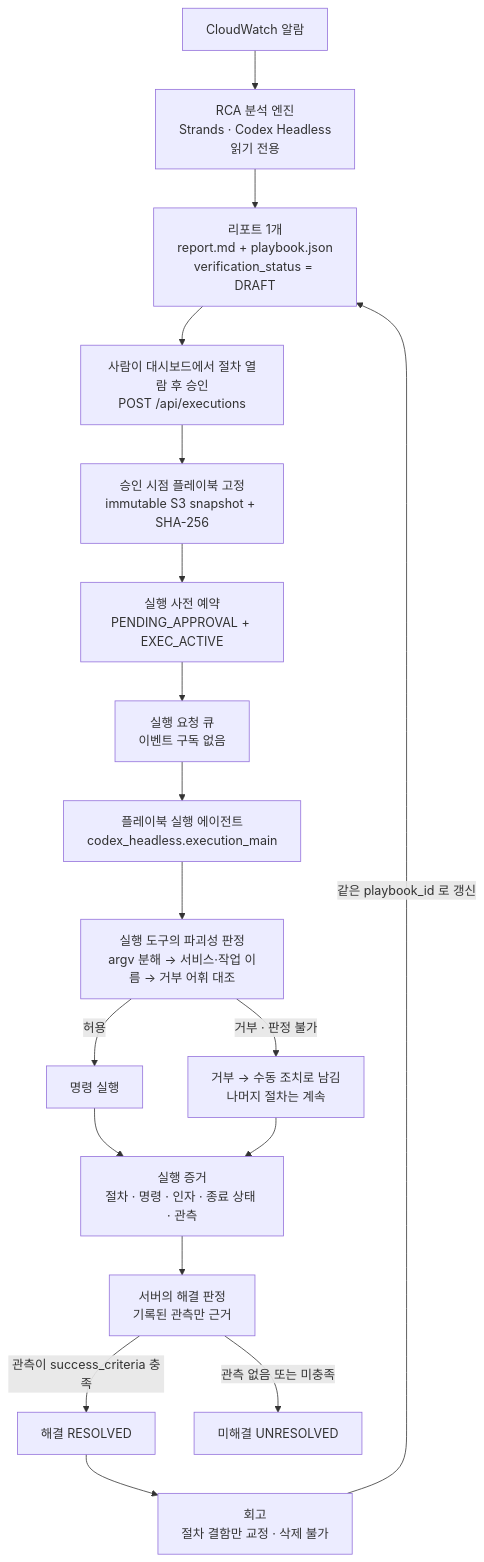
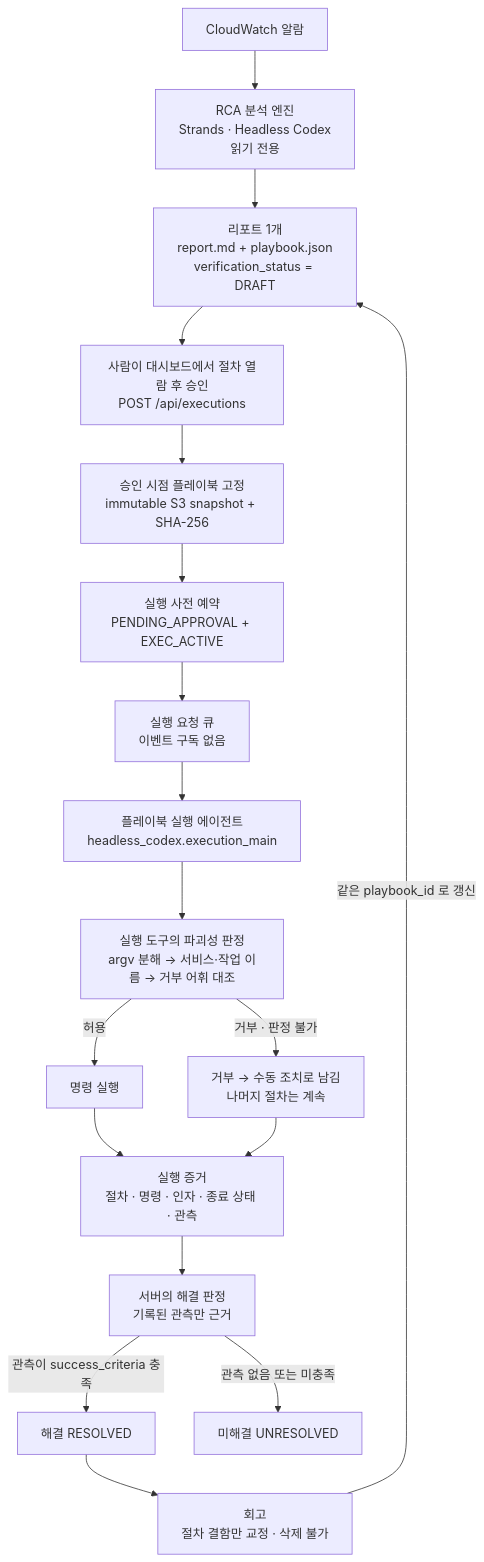
One commit to haandol/rca-agent changed the first of 4 diagrams in docs/rca-to-remediation-flow.md. Above: the diagram before and after it, drawn with Mermaid. The commit also changed other lines of this file and 300 other files, not shown here.

Commit message:
feat(headless-codex): rename engine and preserve legacy reads

````diff
--- a/docs/rca-to-remediation-flow.md
+++ b/docs/rca-to-remediation-flow.md
@@ -18,28 +18,28 @@
 ```mermaid
 flowchart TB
     CW["CloudWatch 알람"]
-    ENG["RCA 분석 엔진<br/>Strands · Codex Headless<br/>읽기 전용"]
+    ENG["RCA 분석 엔진<br/>Strands · Headless Codex<br/>읽기 전용"]
     REP["리포트 1개<br/>report.md + playbook.json<br/>verification_status = DRAFT"]
     APV["사람이 대시보드에서 절차 열람 후 승인<br/>POST /api/executions"]
     SNP["승인 시점 플레이북 고정<br/>immutable S3 snapshot + SHA-256"]
     RSV["실행 사전 예약<br/>PENDING_APPROVAL + EXEC_ACTIVE"]
     QUE["실행 요청 큐<br/>이벤트 구독 없음"]
-    WRK["플레이북 실행 에이전트<br/>codex_headless.execution_main"]
+    WRK["플레이북 실행 에이전트<br/>headless_codex.execution_main"]
     GATE["실행 도구의 파괴성 판정<br/>argv 분해 → 서비스·작업 이름 → 거부 어휘 대조"]
     RUN["명령 실행"]
     MAN["거부 → 수동 조치로 남김<br/>나머지 절차는 계속"]
     EVD["실행 증거<br/>절차 · 명령 · 인자 · 종료 상태 · 관측"]
     JDG["서버의 해결 판정<br/>기록된 관측만 근거"]
     RES["해결 RESOLVED"]
     UNR["미해결 UNRESOLVED"]
     RETRO["회고<br/>절차 결함만 교정 · 삭제 불가"]
 
     CW --> ENG --> REP --> APV --> SNP --> RSV --> QUE --> WRK --> GATE
     GATE -->|"허용"| RUN --> EVD
     GATE -->|"거부 · 판정 불가"| MAN --> EVD
     EVD --> JDG
     JDG -->|"관측이 success_criteria 충족"| RES
     JDG -->|"관측 없음 또는 미충족"| UNR
     RES --> RETRO
     RETRO -->|"같은 playbook_id 로 갱신"| REP
 ```
````
